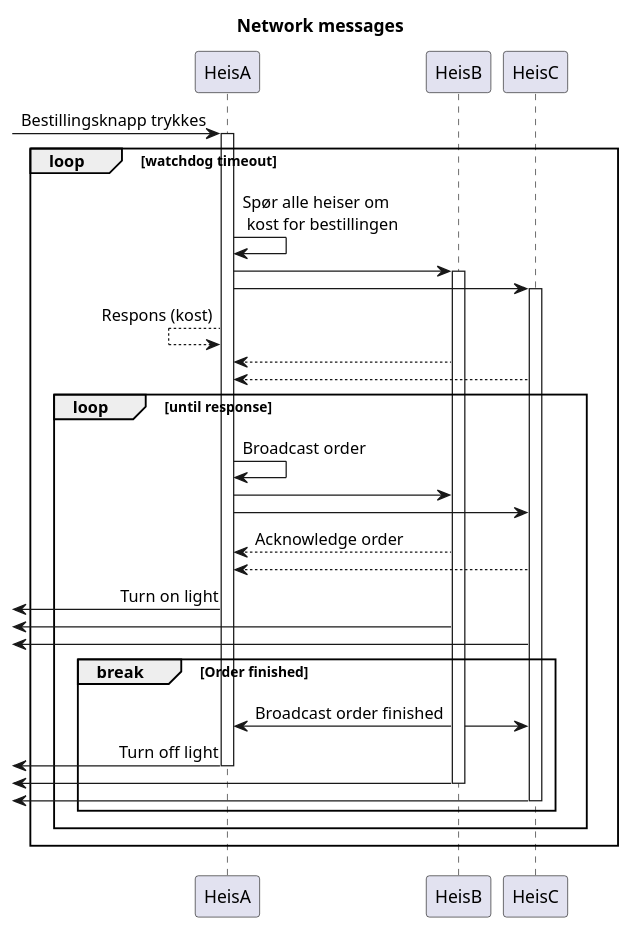
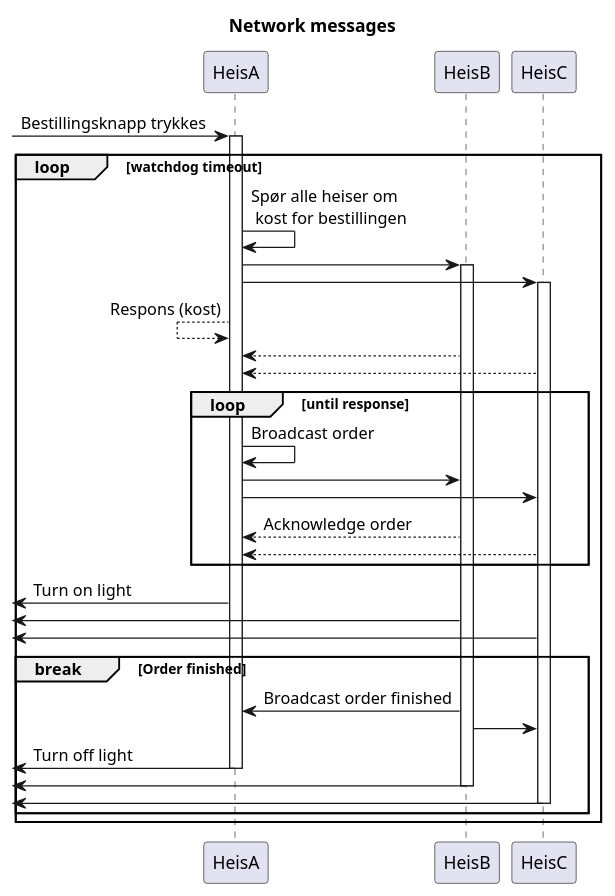
Before and after one commit to bjornksa/TTK4145: the diagram in uml-mm/network_sequence.iuml, drawn with PlantUML.

```diff
--- a/uml-mm/network_sequence.iuml
+++ b/uml-mm/network_sequence.iuml
@@ -1,57 +1,56 @@
 @startuml Network sequence
-!pragma teoz true
 
 title Network messages
 
 participant HeisA as A
 participant HeisB as B
 participant HeisC as C
 
 
 
 
 
  -> A: Bestillingsknapp trykkes
  activate A
 
 loop watchdog timeout
 
     A -> A: Spør alle heiser om\n kost for bestillingen
     A -> B
     activate B
     A -> C
     activate C
 
     A <-- A: Respons (kost)
     A <-- B
     A <-- C
 
 
     loop until response
     A -> A: Broadcast order
     A -> B
     A -> C
 
     A <-- B: Acknowledge order
     A <-- C
-
+    end
 
     <- A: Turn on light
     <- B
     <- C
 
     break Order finished
         B -> A: Broadcast order finished
-        & B -> C
+        B -> C
     <- A: Turn off light
     deactivate A
     <- B
         deactivate B
     <- C
         deactivate C
 
 end
 end
 
 
 @enduml
```
